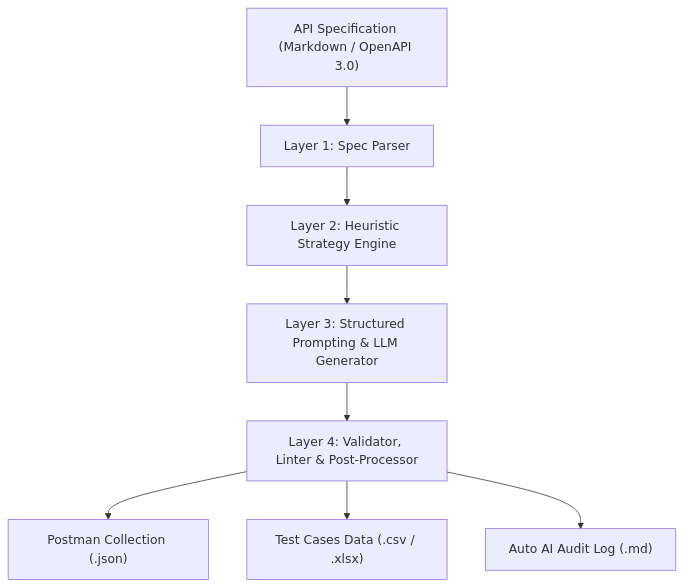
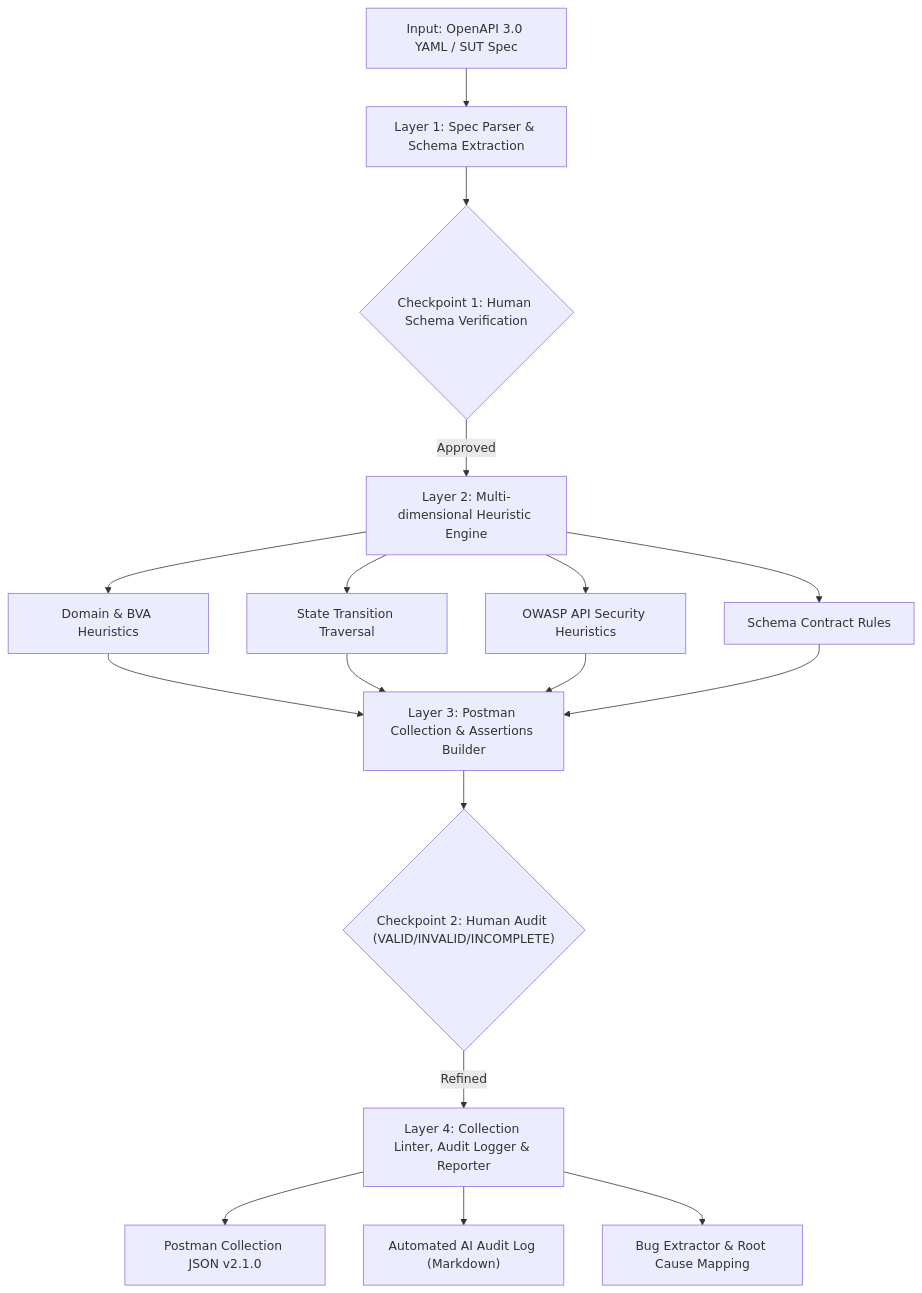
One commit to HCMUS-software-testing/HW06 changed the diagram in agent-skill/SKILL.md. Above: the diagram before and after it, drawn with Mermaid. The commit also changed other lines of this file and 37 other files, not shown here.

Commit message:
fix(member-1): complete all deliverables, synchronize test cases to 132, enhance agent skill G9.5, add screenshots and export PDFs

````diff
--- a/agent-skill/SKILL.md
+++ b/agent-skill/SKILL.md
@@ -18,10 +28,16 @@
 ```mermaid
 graph TD
-    Spec["API Specification (Markdown / OpenAPI 3.0)"] --> L1["Layer 1: Spec Parser"]
-    L1 --> L2["Layer 2: Heuristic Strategy Engine"]
-    L2 --> L3["Layer 3: Structured Prompting & LLM Generator"]
-    L3 --> L4["Layer 4: Validator, Linter & Post-Processor"]
-    L4 --> Out1["Postman Collection (.json)"]
-    L4 --> Out2["Test Cases Data (.csv / .xlsx)"]
-    L4 --> Out3["Auto AI Audit Log (.md)"]
+    Input["Input: OpenAPI 3.0 YAML / SUT Spec"] --> L1["Layer 1: Spec Parser & Schema Extraction"]
+    L1 --> CP1{"Checkpoint 1: Human Schema Verification"}
+    CP1 -->|Approved| L2["Layer 2: Multi-dimensional Heuristic Engine"]
+    L2 --> H1["Domain & BVA Heuristics"]
+    L2 --> H2["State Transition Traversal"]
+    L2 --> H3["OWASP API Security Heuristics"]
+    L2 --> H4["Schema Contract Rules"]
+    H1 & H2 & H3 & H4 --> L3["Layer 3: Postman Collection & Assertions Builder"]
+    L3 --> CP2{"Checkpoint 2: Human Audit (VALID/INVALID/INCOMPLETE)"}
+    CP2 -->|Refined| L4["Layer 4: Collection Linter, Audit Logger & Reporter"]
+    L4 --> Out1["Postman Collection JSON v2.1.0"]
+    L4 --> Out2["Automated AI Audit Log (Markdown)"]
+    L4 --> Out3["Bug Extractor & Root Cause Mapping"]
 ```
````
